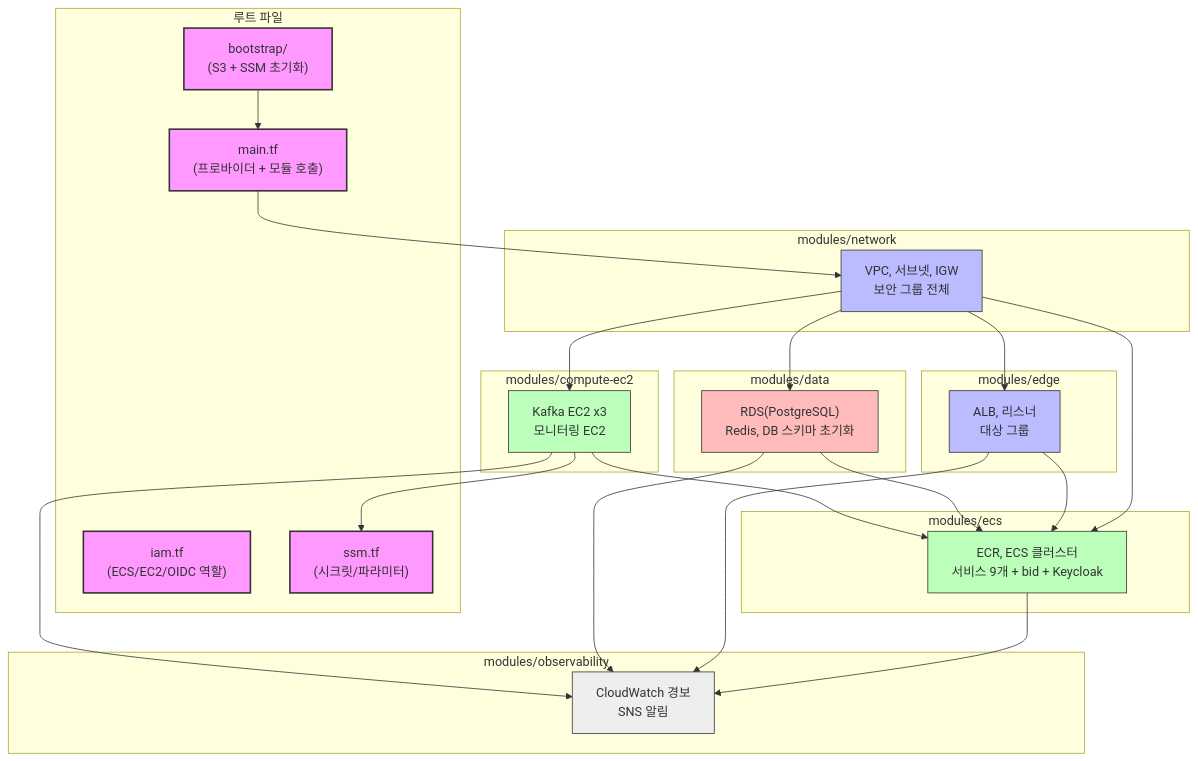
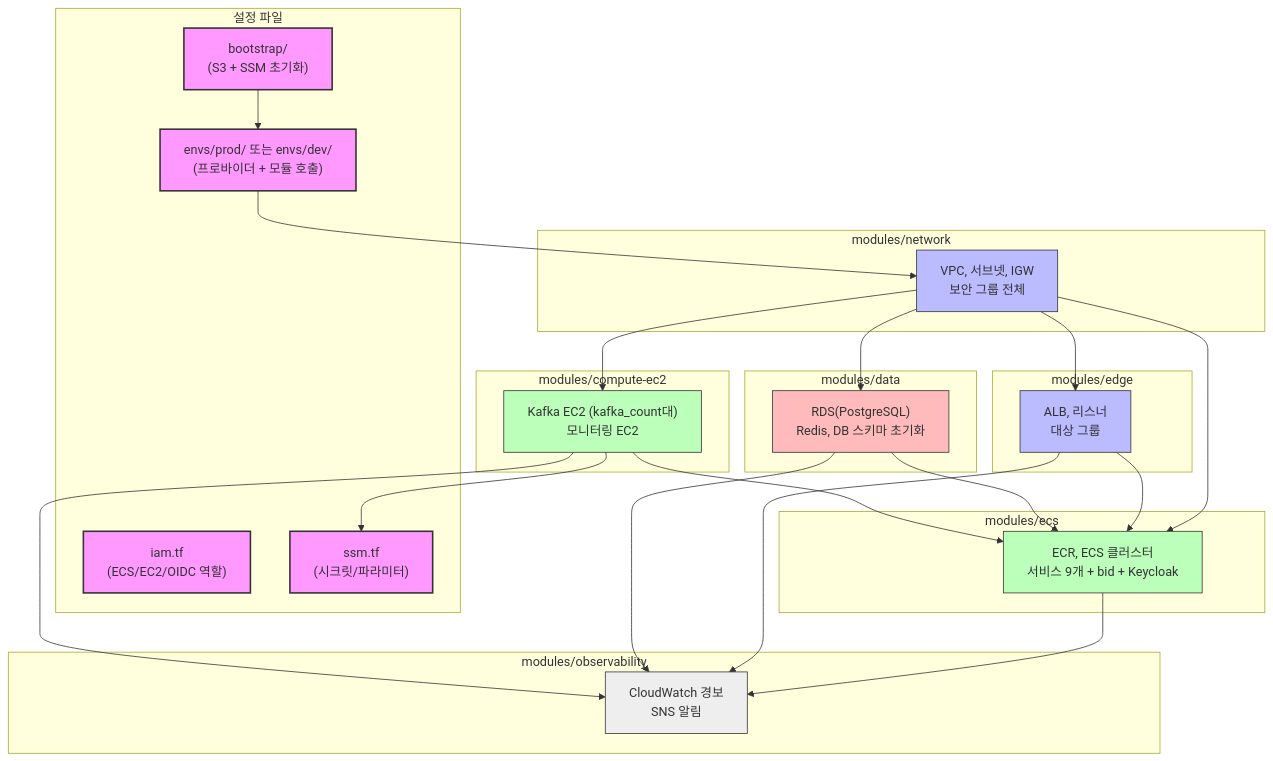
Before and after one commit to BankRupang/sanji-infra: the diagram in README.md, drawn with Mermaid. The commit also changed other lines of this file and 2 other files, not shown here.

````diff
--- a/README.md
+++ b/README.md
@@ -94,61 +101,61 @@
 ```mermaid
 graph TD
     classDef config fill:#f9f,stroke:#333,stroke-width:2px;
     classDef network fill:#bbf,stroke:#333,stroke-width:1px;
     classDef data fill:#fbb,stroke:#333,stroke-width:1px;
     classDef compute fill:#bfb,stroke:#333,stroke-width:1px;
     classDef obs fill:#eee,stroke:#333,stroke-width:1px;
 
-    subgraph Root ["루트 파일"]
+    subgraph Root ["설정 파일"]
         bootstrap["bootstrap/<br>(S3 + SSM 초기화)"]
-        main["main.tf<br>(프로바이더 + 모듈 호출)"]
+        main["envs/prod/ 또는 envs/dev/<br>(프로바이더 + 모듈 호출)"]
         iam["iam.tf<br>(ECS/EC2/OIDC 역할)"]
         ssm["ssm.tf<br>(시크릿/파라미터)"]
     end
     class bootstrap,main,iam,ssm config;
 
     subgraph Mod_Network ["modules/network"]
         net["VPC, 서브넷, IGW<br>보안 그룹 전체"]
     end
     class net network;
 
     subgraph Mod_Edge ["modules/edge"]
         alb["ALB, 리스너<br>대상 그룹"]
     end
     class alb network;
 
     subgraph Mod_Data ["modules/data"]
         rds["RDS(PostgreSQL)<br>Redis, DB 스키마 초기화"]
     end
     class rds data;
 
     subgraph Mod_EC2 ["modules/compute-ec2"]
-        ec2["Kafka EC2 x3<br>모니터링 EC2"]
+        ec2["Kafka EC2 (kafka_count대)<br>모니터링 EC2"]
     end
     class ec2 compute;
 
     subgraph Mod_ECS ["modules/ecs"]
         ecs["ECR, ECS 클러스터<br>서비스 9개 + bid + Keycloak"]
     end
     class ecs compute;
 
     subgraph Mod_Obs ["modules/observability"]
         cw["CloudWatch 경보<br>SNS 알림"]
     end
     class cw obs;
 
     bootstrap --> main
     main --> net
     net --> alb
     net --> rds
     net --> ec2
     net --> ecs
     alb --> ecs
     rds --> ecs
     ec2 --> ecs
     ec2 --> ssm
     ecs --> cw
     alb --> cw
     rds --> cw
     ec2 --> cw
 ```
````
